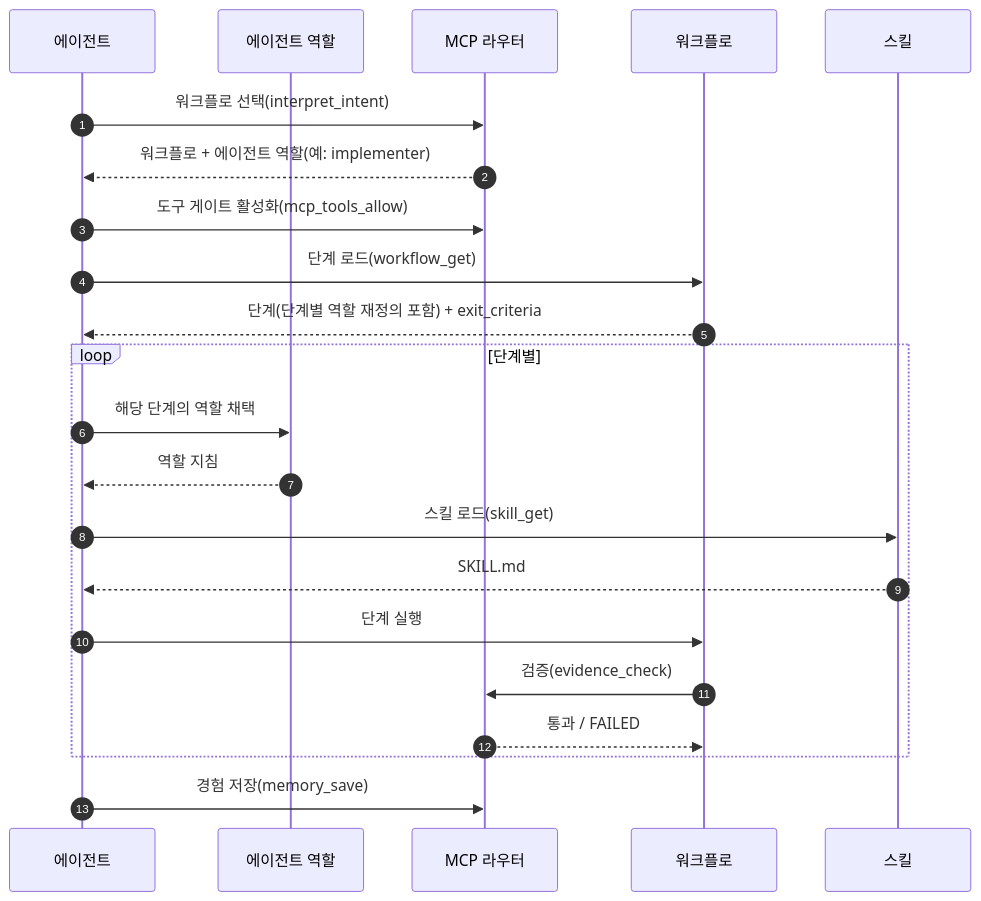
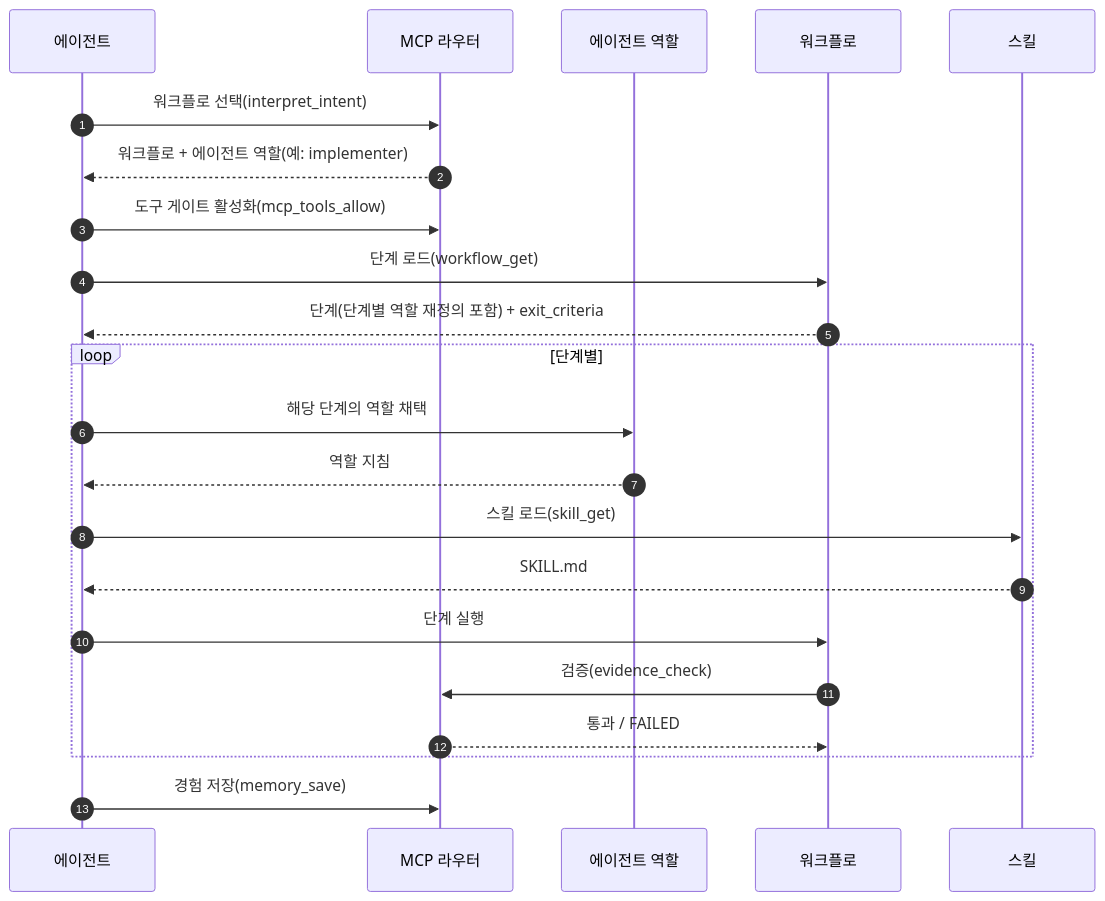
One commit to parkwoo/wawoo-agent-skills changed the diagram in README.ko.md. Above: the diagram before and after it, drawn with Mermaid. The commit also changed other lines of this file and 3 other files, not shown here.

````diff
--- a/README.ko.md
+++ b/README.ko.md
@@ -62,24 +62,24 @@
 ```mermaid
 sequenceDiagram
     autonumber
     participant A as 에이전트
+    participant R as MCP 라우터
     participant G as 에이전트 역할
-    participant R as MCP 라우터
     participant W as 워크플로
     participant S as 스킬
     A->>R: 워크플로 선택(interpret_intent)
     R-->>A: 워크플로 + 에이전트 역할(예: implementer)
     A->>R: 도구 게이트 활성화(mcp_tools_allow)
     A->>W: 단계 로드(workflow_get)
     W-->>A: 단계(단계별 역할 재정의 포함) + exit_criteria
     loop 단계별
         A->>G: 해당 단계의 역할 채택
         G-->>A: 역할 지침
         A->>S: 스킬 로드(skill_get)
         S-->>A: SKILL.md
         A->>W: 단계 실행
         W->>R: 검증(evidence_check)
         R-->>W: 통과 / FAILED
     end
     A->>R: 경험 저장(memory_save)
 ```
````
